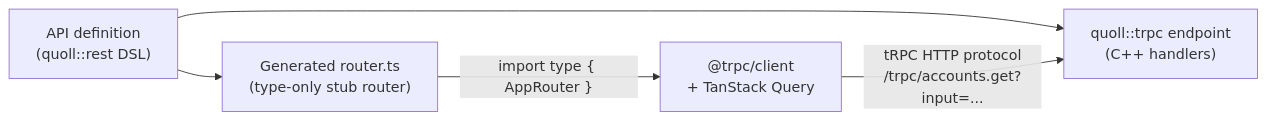
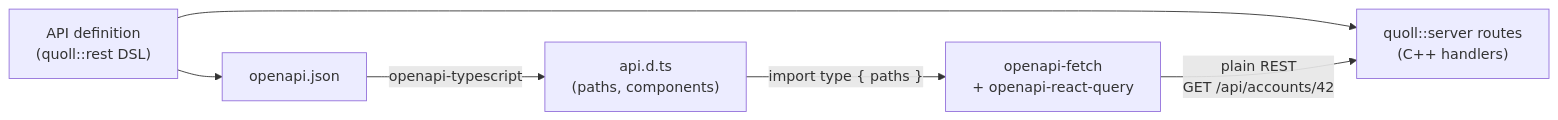
One commit to 4thlabs/quoll changed the eighth of 8 diagrams in docs/PLAN.md. Above: the diagram before and after it, drawn with Mermaid. The commit also changed other lines of this file and 2 other files, not shown here.

First line of the commit message:
Plan: OpenAPI instead of tRPC for the TypeScript side

````diff
--- a/docs/PLAN.md
+++ b/docs/PLAN.md
@@ -239,8 +238,9 @@
 ```mermaid
 flowchart LR
   dsl["API definition<br/>(quoll::rest DSL)"]
-  dsl --> gen["Generated router.ts<br/>(type-only stub router)"]
-  dsl --> ep["quoll::trpc endpoint<br/>(C++ handlers)"]
-  gen -- "import type { AppRouter }" --> cl["@trpc/client<br/>+ TanStack Query"]
-  cl -- "tRPC HTTP protocol<br/>/trpc/accounts.get?input=..." --> ep
+  dsl --> spec["openapi.json"]
+  dsl --> routes["quoll::server routes<br/>(C++ handlers)"]
+  spec -- "openapi-typescript" --> types["api.d.ts<br/>(paths, components)"]
+  types -- "import type { paths }" --> cl["openapi-fetch<br/>+ openapi-react-query"]
+  cl -- "plain REST<br/>GET /api/accounts/42" --> routes
 ```
````
